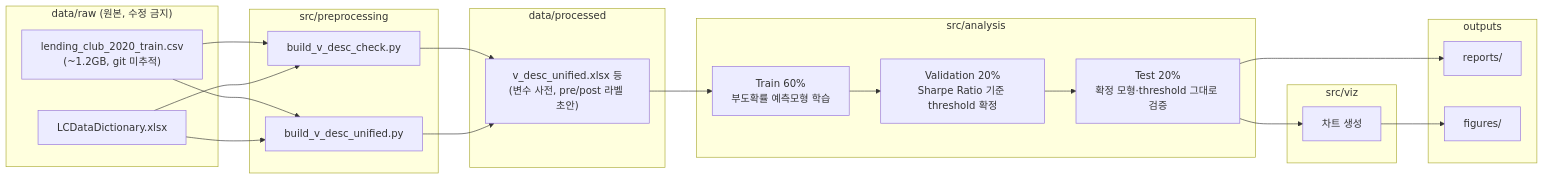
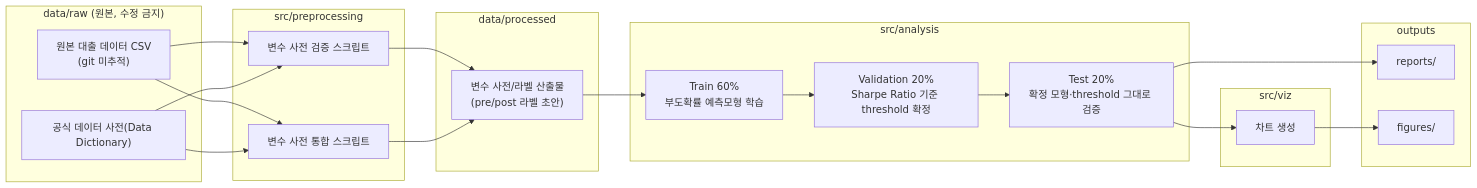
One commit to SNU-ABS-13-Team-1/Lending-Club-Team-Project changed the first of 2 diagrams in docs/architecture.md. Above: the diagram before and after it, drawn with Mermaid.

Commit message:
Use role-based labels instead of exact filenames in architecture diagram
Avoids the diagram going stale if raw/processed data filenames change.

````diff
--- a/docs/architecture.md
+++ b/docs/architecture.md
@@ -5,41 +5,41 @@
 ```mermaid
 graph LR
     subgraph RAW["data/raw (원본, 수정 금지)"]
-        A1["lending_club_2020_train.csv<br/>(~1.2GB, git 미추적)"]
-        A2["LCDataDictionary.xlsx"]
+        A1["원본 대출 데이터 CSV<br/>(git 미추적)"]
+        A2["공식 데이터 사전(Data Dictionary)"]
     end
 
     subgraph PRE["src/preprocessing"]
-        B1["build_v_desc_check.py"]
-        B2["build_v_desc_unified.py"]
+        B1["변수 사전 검증 스크립트"]
+        B2["변수 사전 통합 스크립트"]
     end
 
     subgraph PROC["data/processed"]
-        C1["v_desc_unified.xlsx 등<br/>(변수 사전, pre/post 라벨 초안)"]
+        C1["변수 사전/라벨 산출물<br/>(pre/post 라벨 초안)"]
     end
 
     subgraph AN["src/analysis"]
         D1["Train 60%<br/>부도확률 예측모형 학습"]
         D2["Validation 20%<br/>Sharpe Ratio 기준 threshold 확정"]
         D3["Test 20%<br/>확정 모형·threshold 그대로 검증"]
     end
 
     subgraph VIZ["src/viz"]
         E1["차트 생성"]
     end
 
     subgraph OUT["outputs"]
         F1["reports/"]
         F2["figures/"]
     end
 
     A1 --> B1
     A1 --> B2
     A2 --> B1
     A2 --> B2
     B1 --> C1
     B2 --> C1
     C1 --> D1 --> D2 --> D3
     D3 --> E1 --> F2
     D3 --> F1
 ```
````
